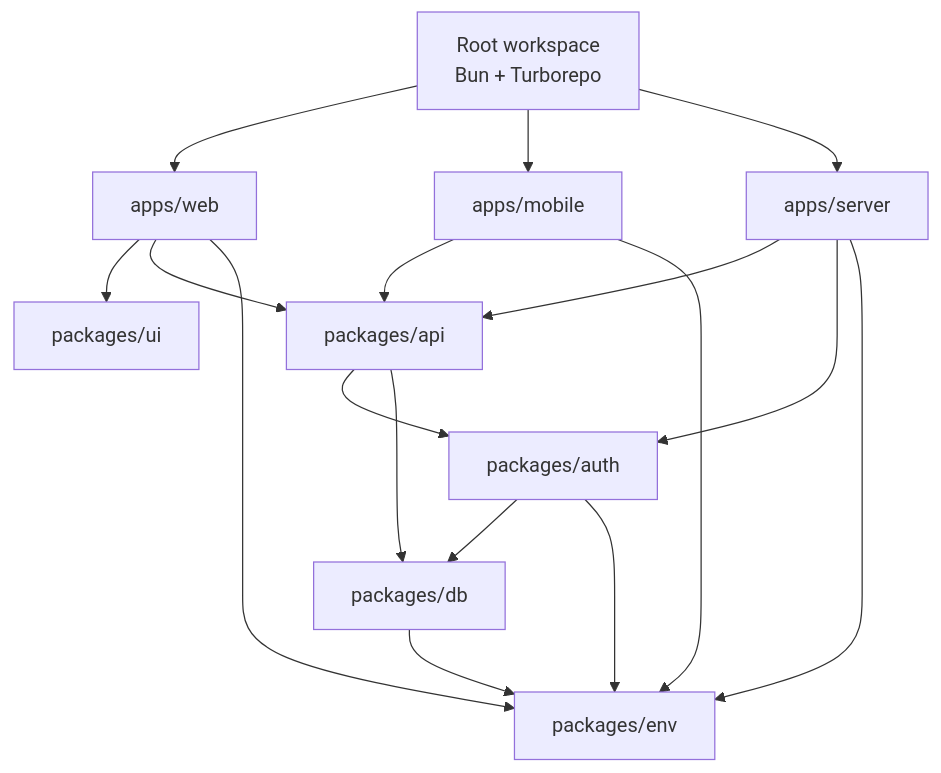
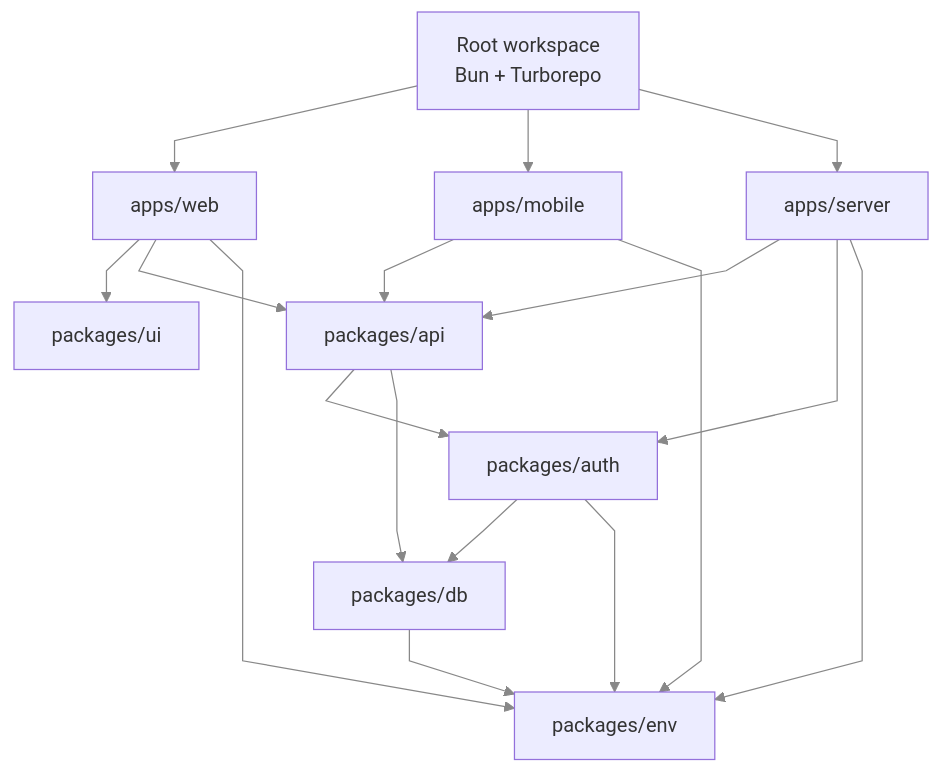
Before and after one commit to matheuseabra/fullstack-expo-app-template: the second of 4 diagrams in docs/ARCHITECTURE.md, drawn with Mermaid. The commit also changed other lines of this file, not shown here.

Commit message:
docs: thin mermaid architecture links

````diff
--- a/docs/ARCHITECTURE.md
+++ b/docs/ARCHITECTURE.md
@@ -25,20 +27,22 @@
 ```mermaid
+%%{init: {"flowchart": {"curve": "linear"}, "themeVariables": {"lineColor": "#888888"}}}%%
 flowchart TD
     Root[Root workspace\nBun + Turborepo]
     Root --> Web[apps/web]
     Root --> Mobile[apps/mobile]
     Root --> Server[apps/server]
     Web --> UI[packages/ui]
     Web --> API[packages/api]
     Web --> Env[packages/env]
     Mobile --> API
     Mobile --> Env
     Server --> API
     Server --> Auth[packages/auth]
     Server --> Env
     API --> Auth
     API --> DB[packages/db]
     Auth --> DB
     Auth --> Env
     DB --> Env
+    linkStyle default stroke-width:1px,fill:none
 ```
````
